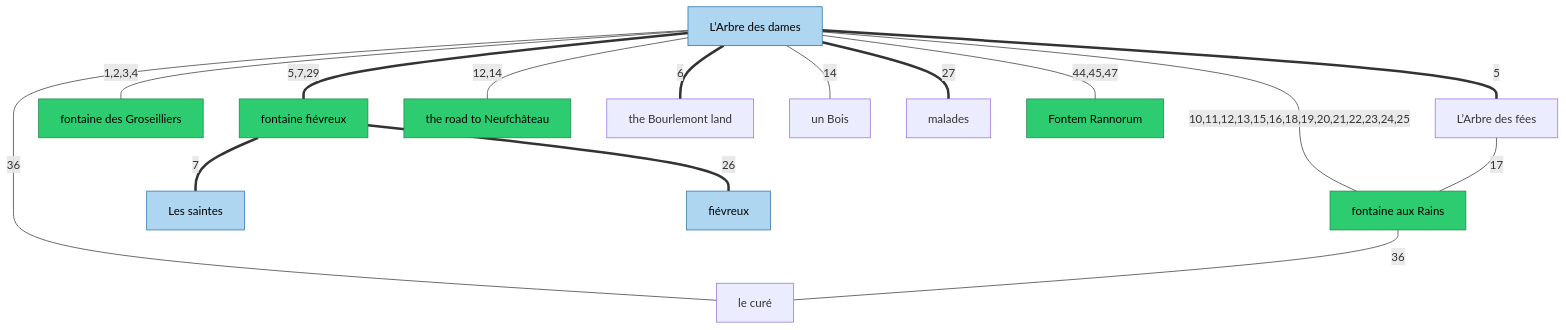
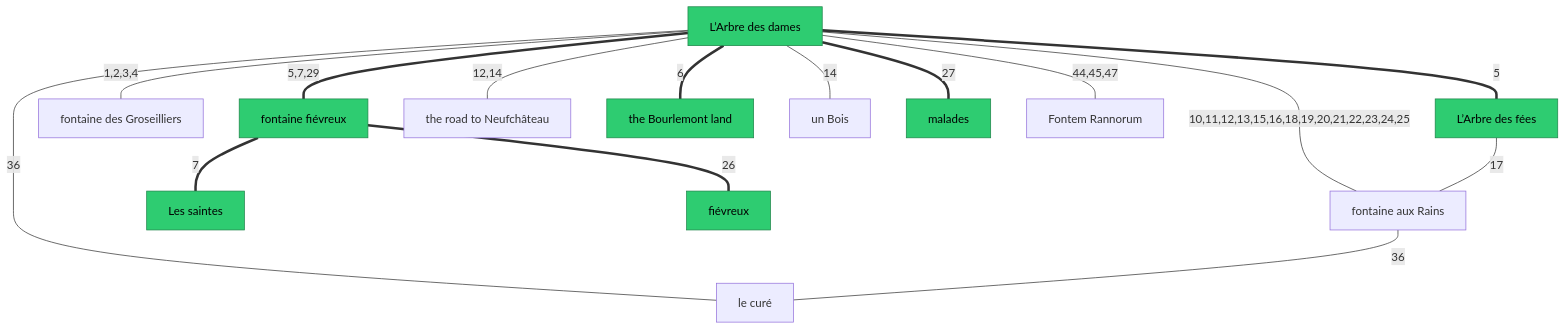
One commit to kitty-catt/the-location-of-the-arbre-des-dames-and-the-spring-of-joan-of-arc changed the diagram in README.md. Above: the diagram before and after it, drawn with Mermaid. The commit also changed 2 other files, not shown here.

Commit message:
back to the beginning

````diff
--- a/README.md
+++ b/README.md
@@ -35,37 +35,35 @@
 ```mermaid
 graph TD
-    classDef archaeological fill:#2ecc71,stroke:#1e8449,color:#000;
-    classDef jeanneFievreux fill:#aed6f1,stroke:#2471a3,color:#000;
+    classDef jeanneSourced fill:#2ecc71,stroke:#1e8449,color:#000;
 
     N1["L’Arbre des dames"]
     N2["L’Arbre des fées"]
     N3["fontaine des Groseilliers"]
     N4["fontaine fiévreux"]
     N5["fontaine aux Rains"]
     N6["the road to Neufchâteau"]
     N7["the Bourlemont land"]
     N8["un Bois"]
     N9["Les saintes"]
     N10["fiévreux"]
     N11["malades"]
     N13["le curé"]
     N14["Fontem Rannorum"]
 
     N1 == "5" === N2
     N1 -- "1,2,3,4" --- N3
     N1 == "5,7,29" === N4
     N1 == "6" === N7
     N4 == "7" === N9
     N1 -- "36" --- N13
     N5 -- "36" --- N13
     N4 == "26" === N10
     N1 == "27" === N11
     N1 -- "10,11,12,13,15,16,18,19,20,21,22,23,24,25" --- N5
     N2 -- "17" --- N5
     N1 -- "12,14" --- N6
     N1 -- "14" --- N8
     N1 -- "44,45,47" --- N14
 
-    class N3,N4,N5,N6,N14 archaeological
-    class N1,N9,N10 jeanneFievreux
+    class N1,N2,N4,N7,N9,N10,N11 jeanneSourced
 ```
````
